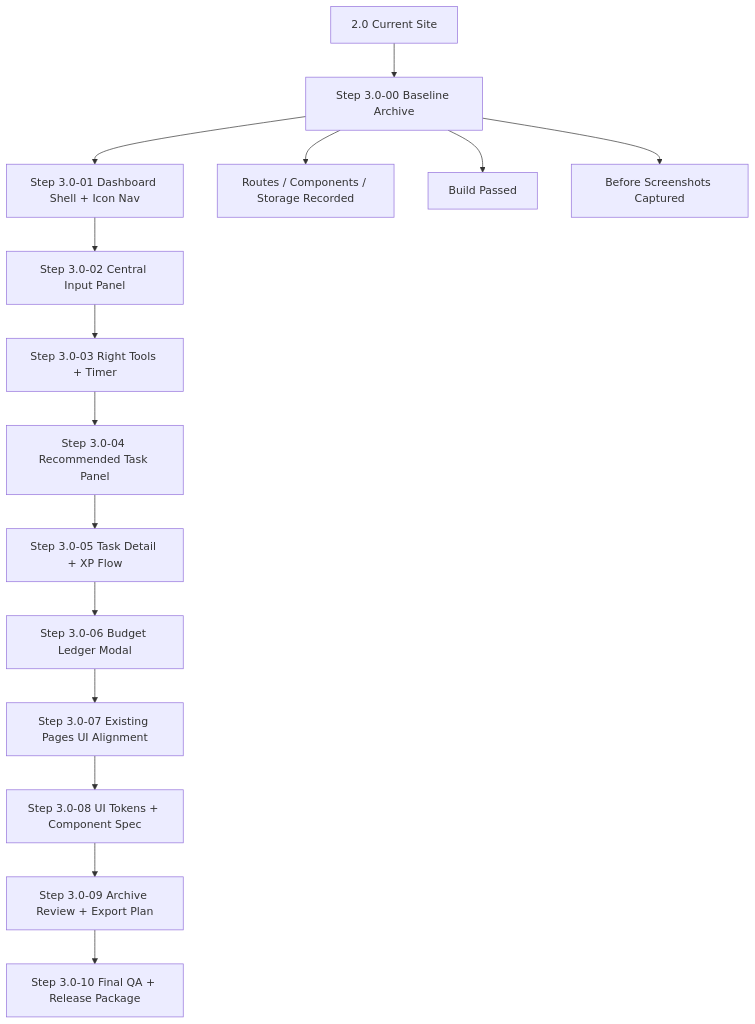
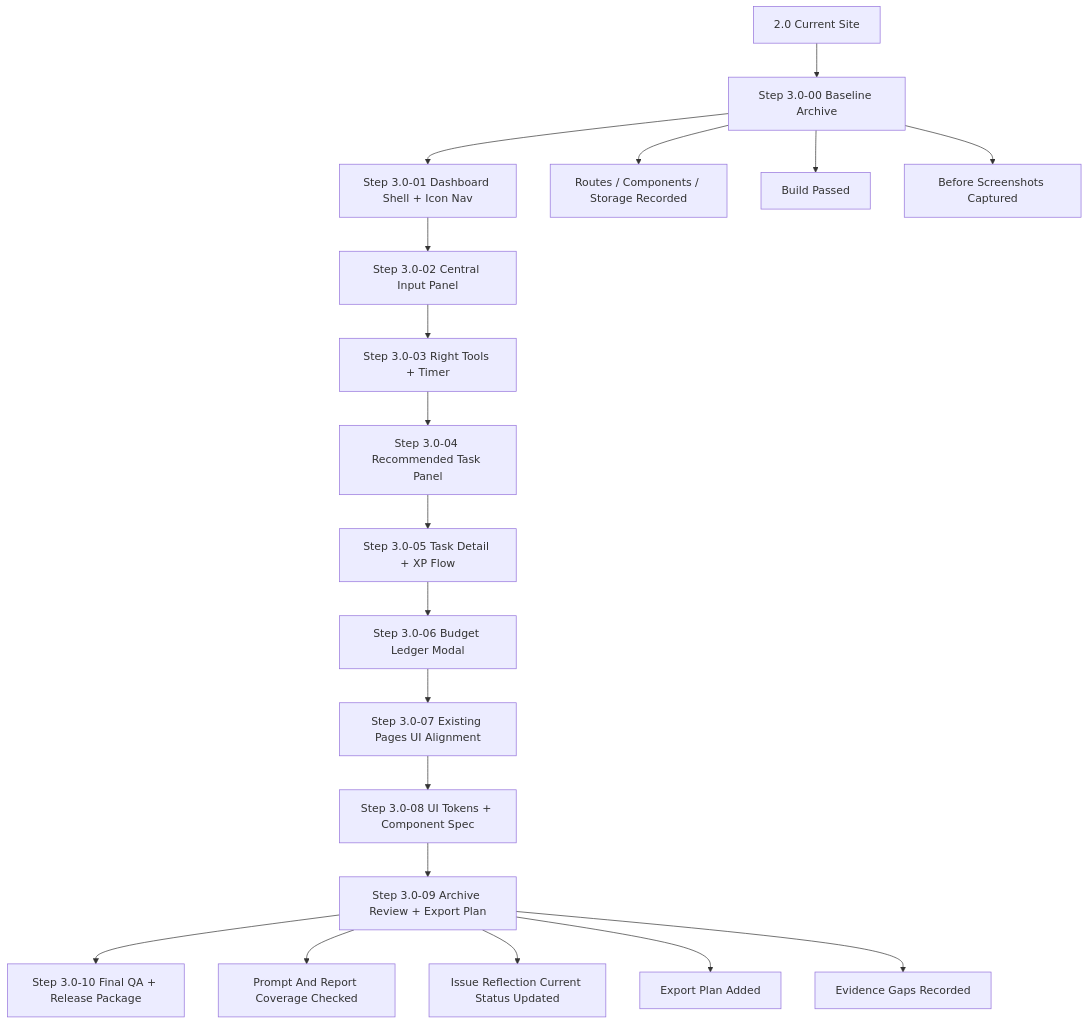
Before and after one commit to nouri247351793-dotcom/cooking-ai-planner: the diagram in 2_coding_documentation/09_v3_upgrade/04_flowcharts_v3/macro_flow_v3.mmd, drawn with Mermaid. The commit also changed other lines of this file and 11 other files, not shown here.

First line of the commit message:
[step-3.0-09][docs] review v3 archive and export plan

```diff
--- a/2_coding_documentation/09_v3_upgrade/04_flowcharts_v3/macro_flow_v3.mmd
+++ b/2_coding_documentation/09_v3_upgrade/04_flowcharts_v3/macro_flow_v3.mmd
@@ -1,16 +1,20 @@
 flowchart TD
   A[2.0 Current Site] --> B[Step 3.0-00 Baseline Archive]
   B --> C[Step 3.0-01 Dashboard Shell + Icon Nav]
   C --> D[Step 3.0-02 Central Input Panel]
   D --> E[Step 3.0-03 Right Tools + Timer]
   E --> F[Step 3.0-04 Recommended Task Panel]
   F --> G[Step 3.0-05 Task Detail + XP Flow]
   G --> H[Step 3.0-06 Budget Ledger Modal]
   H --> I[Step 3.0-07 Existing Pages UI Alignment]
   I --> J[Step 3.0-08 UI Tokens + Component Spec]
   J --> K[Step 3.0-09 Archive Review + Export Plan]
   K --> L[Step 3.0-10 Final QA + Release Package]
 
   B --> B1[Routes / Components / Storage Recorded]
   B --> B2[Build Passed]
   B --> B3[Before Screenshots Captured]
+  K --> K1[Prompt And Report Coverage Checked]
+  K --> K2[Issue Reflection Current Status Updated]
+  K --> K3[Export Plan Added]
+  K --> K4[Evidence Gaps Recorded]
```
